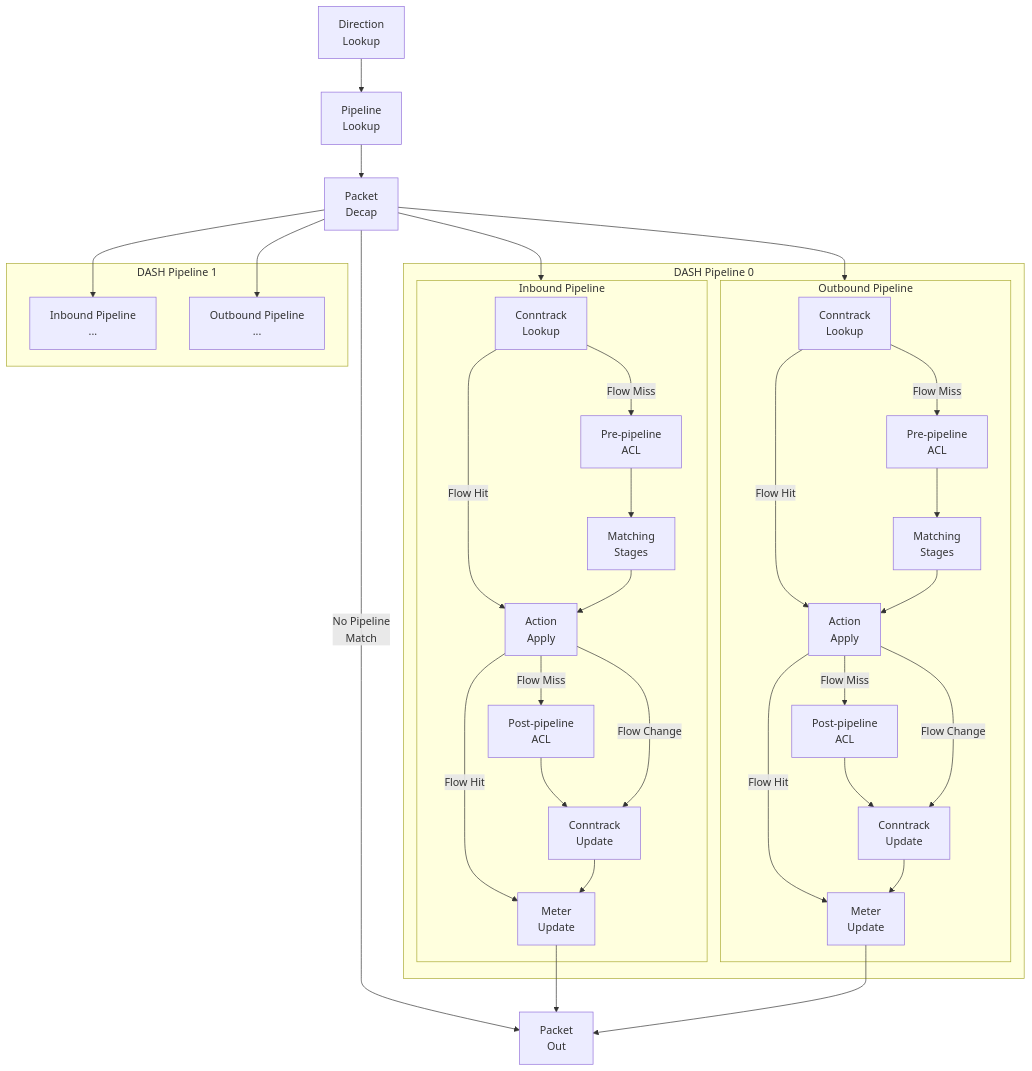
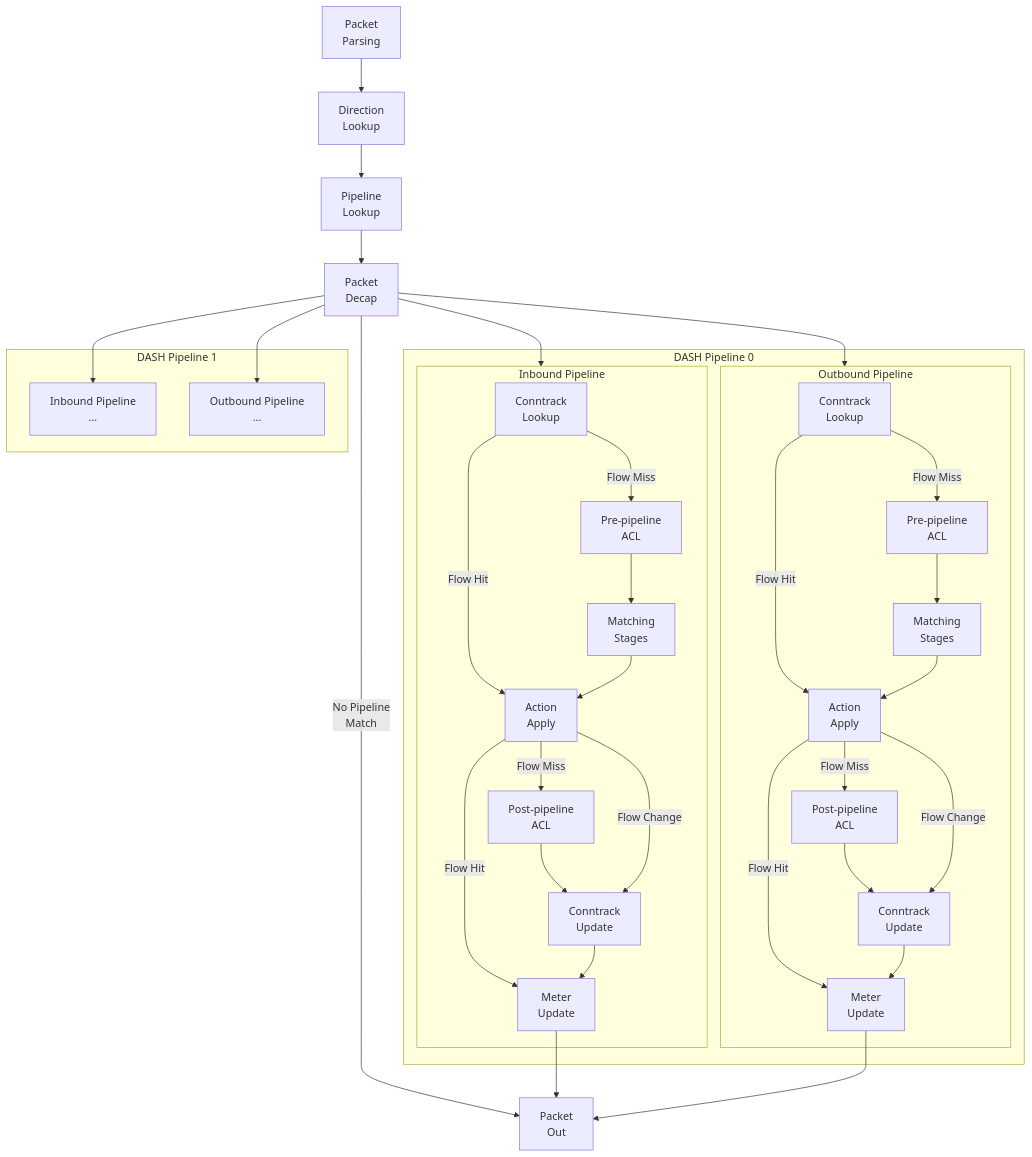
Before and after one commit to sonic-net/DASH: the first of 5 diagrams in documentation/general/dash-sai-pipeline-packet-flow.md, drawn with Mermaid. The commit also changed other lines of this file and 3 other files, not shown here.

Commit message:
Adding dedicated packet parsing stage.

````diff
--- a/documentation/general/dash-sai-pipeline-packet-flow.md
+++ b/documentation/general/dash-sai-pipeline-packet-flow.md
@@ -86,66 +88,68 @@
 ```mermaid
 flowchart TB
+    PP[Packet<br>Parsing]
     DL[Direction<br>Lookup]
     PL[Pipeline<br>Lookup]
     PD[Packet<br>Decap]
 
     subgraph P0[DASH Pipeline 0]
         subgraph In0[Inbound Pipeline]
             CTL0[Conntrack<br>Lookup]
             PreACL0[Pre-pipeline<br>ACL]
             MATS0[Matching<br>Stages]
             AA0[Action<br>Apply]
             PostACL0[Post-pipeline<br>ACL]
             CTU0[Conntrack<br>Update]
             MS0[Meter<br>Update]
         end
 
         subgraph Out0[Outbound Pipeline]
             CTL1[Conntrack<br>Lookup]
             PreACL1[Pre-pipeline<br>ACL]
             MATS1[Matching<br>Stages]
             AA1[Action<br>Apply]
             PostACL1[Post-pipeline<br>ACL]
             CTU1[Conntrack<br>Update]
             MS1[Meter<br>Update]
         end
     end
 
     subgraph P1[DASH Pipeline 1]
         In1[Inbound Pipeline<br>...]
         Out1[Outbound Pipeline<br>...]
     end
 
     Out[Packet<br>Out]
 
+    PP --> DL
     DL --> PL
     PL --> PD
 
     PD --> In0
     PD --> Out0
     PD --> In1
     PD --> Out1 
     PD --> |No Pipeline<br>Match| Out
 
     CTL0 --> |Flow Miss| PreACL0
     CTL0 --> |Flow Hit| AA0
     PreACL0 --> MATS0
     MATS0 --> AA0
     AA0 --> |Flow Miss| PostACL0
     PostACL0 --> CTU0
     AA0 --> |Flow Hit| MS0
     AA0 --> |Flow Change| CTU0
     CTU0 --> MS0
     MS0 --> Out
 
     CTL1 --> |Flow Miss| PreACL1
     CTL1 --> |Flow Hit| AA1
     PreACL1 --> MATS1
     MATS1 --> AA1
     AA1 --> |Flow Miss| PostACL1
     PostACL1 --> CTU1
     AA1 --> |Flow Hit| MS1
     AA1 --> |Flow Change| CTU1
     CTU1 --> MS1
     MS1 --> Out
 ```
````
